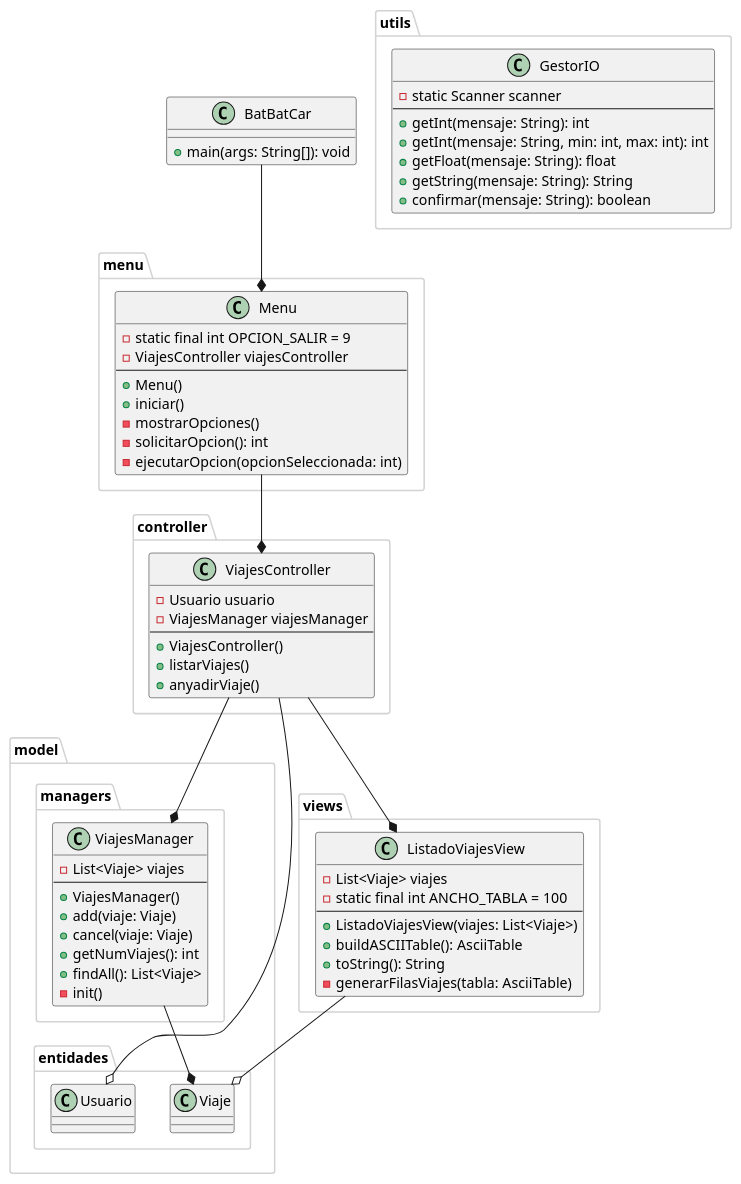
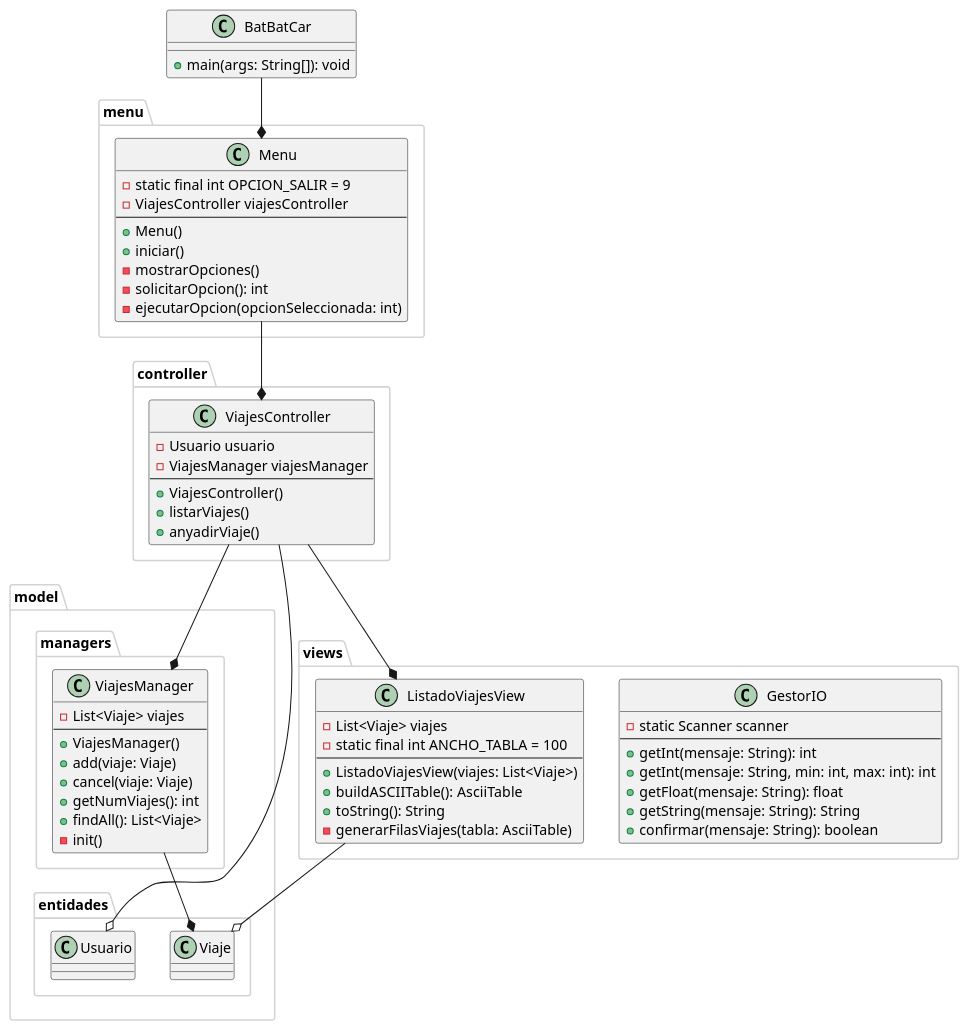
The diagram in src/main/java/es/progcipfpbatoi/diagram/diagrama.puml (TTKarlos/BatBatCar2), drawn with PlantUML before and after one commit. The commit also changed 7 other files, not shown here.

```diff
--- a/src/main/java/es/progcipfpbatoi/diagram/diagrama.puml
+++ b/src/main/java/es/progcipfpbatoi/diagram/diagrama.puml
@@ -1,92 +1,90 @@
 @startuml
 
 skinparam package {
     BorderColor lightgrey
 }
 
 package controller {
     class ViajesController {
         - Usuario usuario
         - ViajesManager viajesManager
         --
         + ViajesController()
         + listarViajes()
         + anyadirViaje()
     }
 }
 
 package model.managers {
     class ViajesManager {
         - List<Viaje> viajes
         --
         + ViajesManager()
         + add(viaje: Viaje)
         + cancel(viaje: Viaje)
         + getNumViajes(): int
         + findAll(): List<Viaje>
         - init()
     }
 }
 
 package model.entidades {
     class Viaje {
     }
 }
 
 package model.entidades {
     class Usuario {
     }
 }
 
 package views {
+class GestorIO {
+        - static Scanner scanner
+        --
+        + getInt(mensaje: String): int
+        + getInt(mensaje: String, min: int, max: int): int
+        + getFloat(mensaje: String): float
+        + getString(mensaje: String): String
+        + confirmar(mensaje: String): boolean
+    }
+
     class ListadoViajesView {
         - List<Viaje> viajes
         - static final int ANCHO_TABLA = 100
         --
         + ListadoViajesView(viajes: List<Viaje>)
         + buildASCIITable(): AsciiTable
         + toString(): String
         - generarFilasViajes(tabla: AsciiTable)
     }
 }
 
 package menu {
     class Menu {
         - static final int OPCION_SALIR = 9
         - ViajesController viajesController
         --
         + Menu()
         + iniciar()
         - mostrarOpciones()
         - solicitarOpcion(): int
         - ejecutarOpcion(opcionSeleccionada: int)
     }
 }
 
-package utils {
-    class GestorIO {
-        - static Scanner scanner
-        --
-        + getInt(mensaje: String): int
-        + getInt(mensaje: String, min: int, max: int): int
-        + getFloat(mensaje: String): float
-        + getString(mensaje: String): String
-        + confirmar(mensaje: String): boolean
-    }
-}
-
 
     class BatBatCar {
         + main(args: String[]): void
     }
 
 BatBatCar --* Menu
 ViajesController --* ViajesManager
 ViajesController --* ListadoViajesView
 
 ViajesController --o Usuario
 ListadoViajesView --o Viaje
 ViajesManager --* Viaje
 Menu --* ViajesController
 
 @enduml
```
